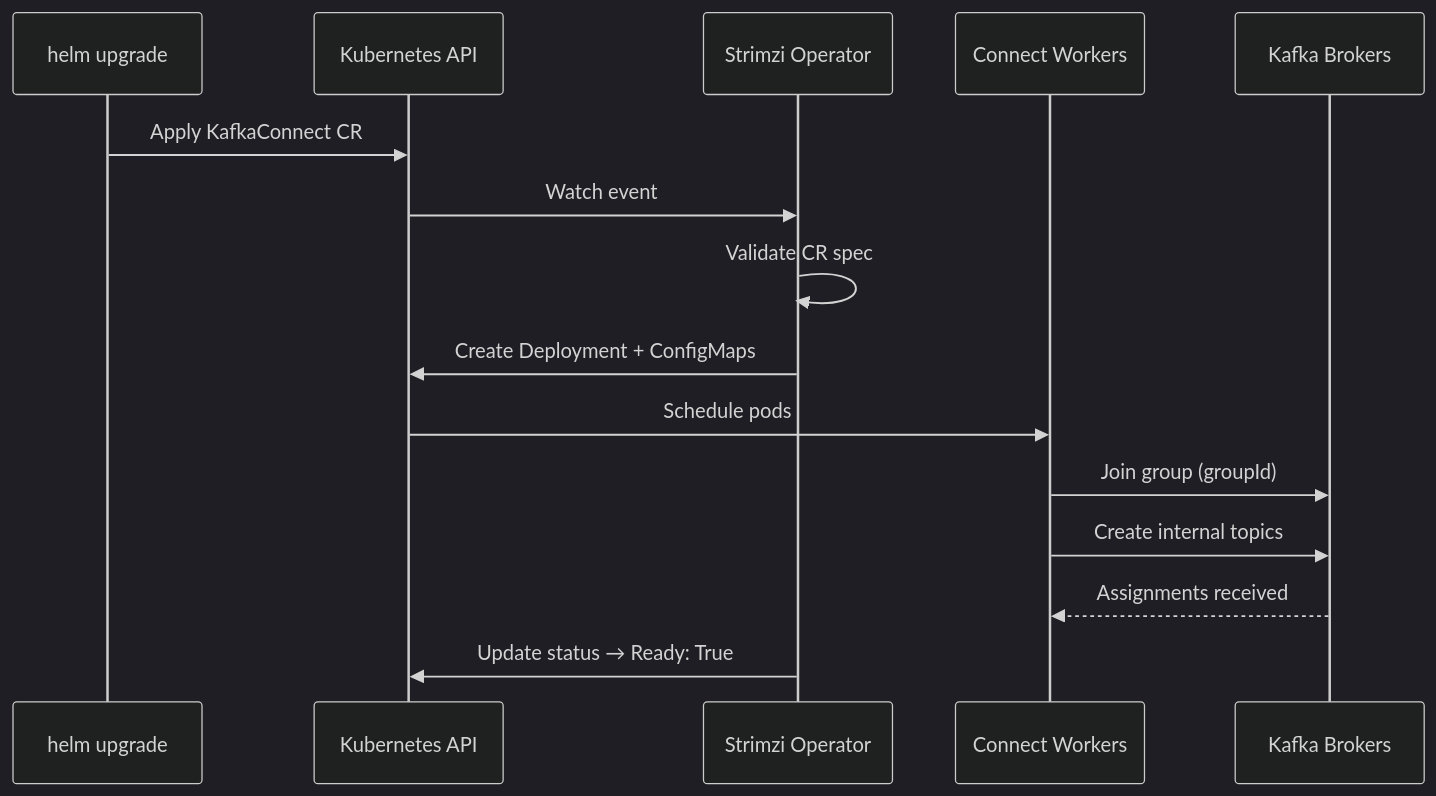
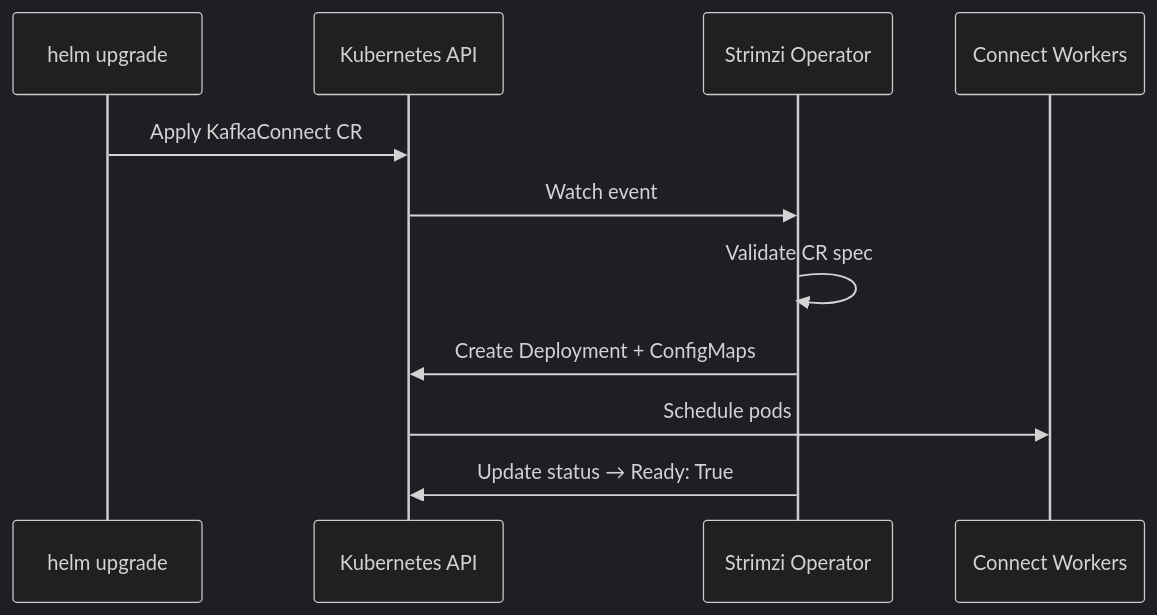
The second of 11 diagrams in docs/book/21-kafka-connect.md (bmscomp/kates), drawn with Mermaid (dark theme) before and after one commit. The commit also changed other lines of this file and 52 other files, not shown here.

````diff
--- a/docs/book/21-kafka-connect.md
+++ b/docs/book/21-kafka-connect.md
@@ -165,21 +151,17 @@
 ```mermaid
 %%| label: fig-kc-reconciliation-sequence
-%%| fig-cap: "Reconciliation sequence of a KafkaConnect custom resource from Helm upgrade to worker group formation."
-%%| fig-alt: "Sequence diagram: helm upgrade applies the KafkaConnect CR to the Kubernetes API, which notifies the Strimzi Operator. Strimzi validates the CR spec, creates the Deployment and ConfigMaps, and Kubernetes schedules the Connect Workers. The workers join the consumer group on the Kafka Brokers, create the internal topics, receive task assignments, and Strimzi updates the CR status to Ready: True."
+%%| fig-cap: "Helm applies the resource; the operator, not Helm, creates the workers and marks the resource Ready."
+%%| fig-alt: "Sequence diagram: helm upgrade applies the KafkaConnect CR to the Kubernetes API, which notifies the Strimzi Operator. Strimzi validates the CR spec, creates the Deployment and ConfigMaps, Kubernetes schedules the Connect Workers, and Strimzi updates the CR status to Ready: True."
 sequenceDiagram
     participant Helm as helm upgrade
     participant K8s as Kubernetes API
     participant Strimzi as Strimzi Operator
     participant Workers as Connect Workers
-    participant Kafka as Kafka Brokers
 
     Helm->>K8s: Apply KafkaConnect CR
     K8s->>Strimzi: Watch event
     Strimzi->>Strimzi: Validate CR spec
     Strimzi->>K8s: Create Deployment + ConfigMaps
     K8s->>Workers: Schedule pods
-    Workers->>Kafka: Join group (groupId)
-    Workers->>Kafka: Create internal topics
-    Kafka-->>Workers: Assignments received
     Strimzi->>K8s: Update status → Ready: True
 ```
````
